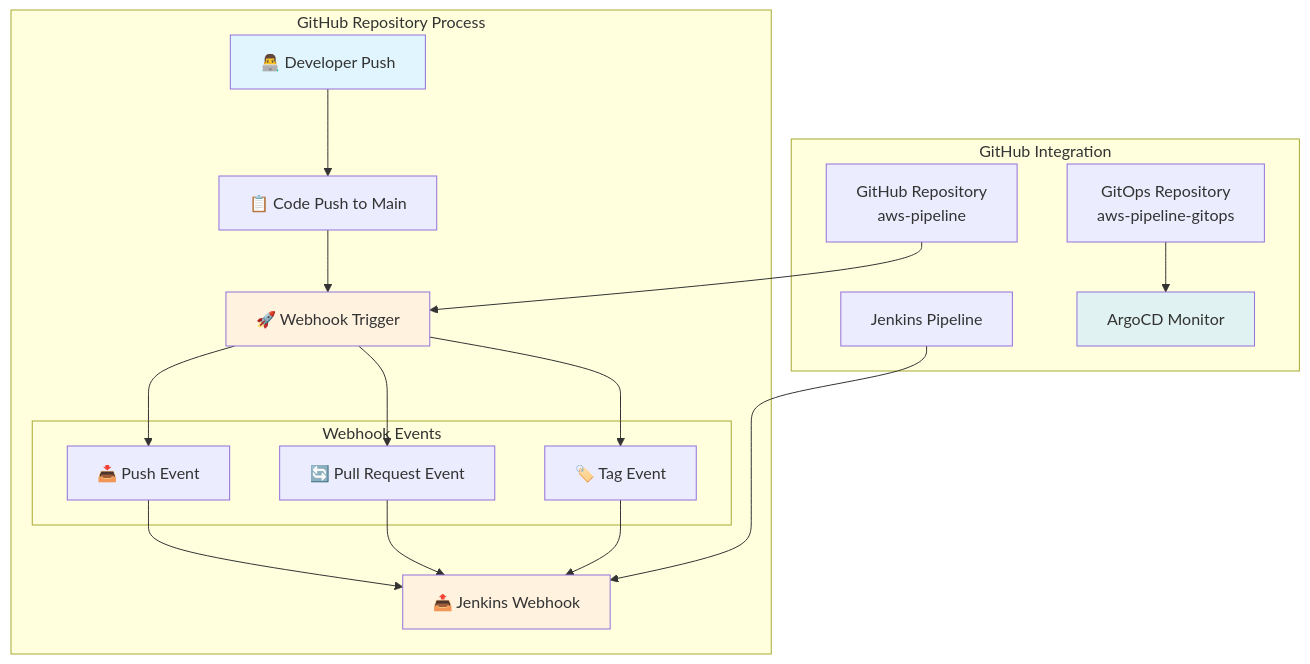
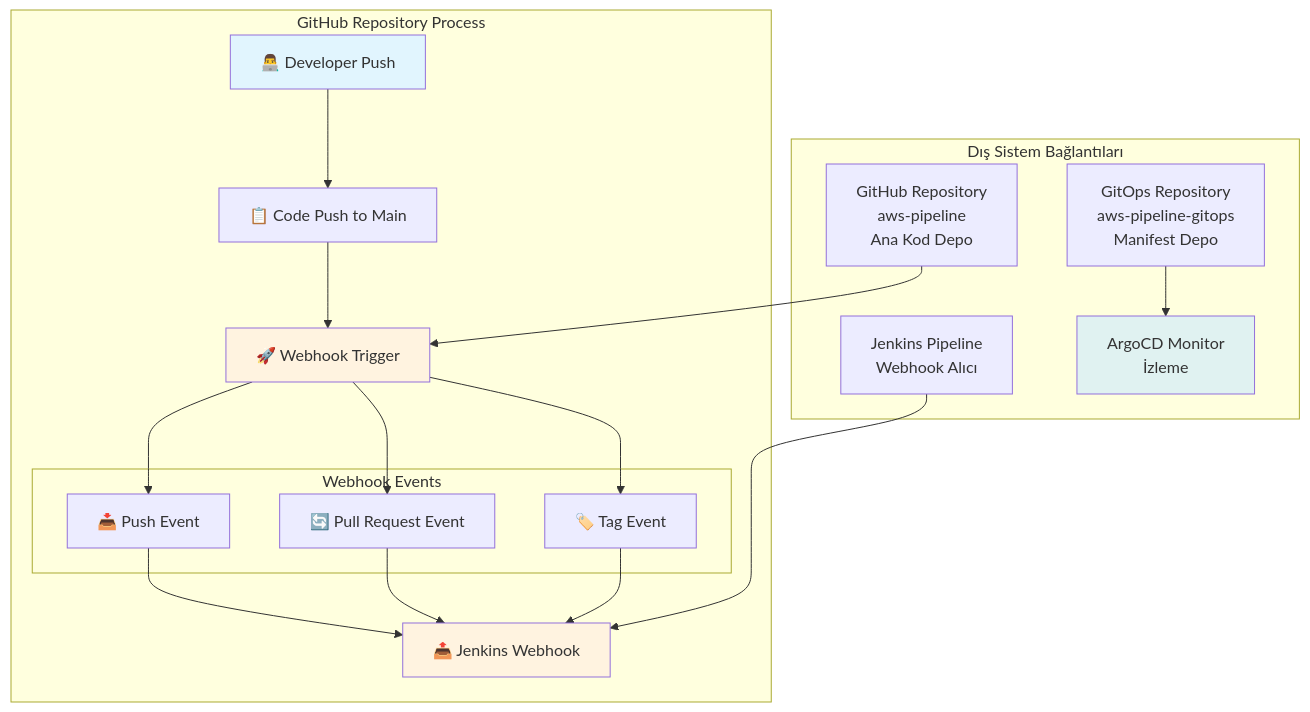
Before and after one commit to onurglr/aws-pipeline: the seventh of 9 diagrams in detailed-devops-diagrams.md, drawn with Mermaid. The commit also changed other lines of this file, not shown here.

````diff
--- a/detailed-devops-diagrams.md
+++ b/detailed-devops-diagrams.md
@@ -270,32 +270,32 @@
 ```mermaid
 graph TB
     subgraph "GitHub Repository Process"
         A[👨‍💻 Developer Push] --> B[📋 Code Push to Main]
         B --> C[🚀 Webhook Trigger]
         
         subgraph "Webhook Events"
             C1[📥 Push Event]
             C2[🔄 Pull Request Event]
             C3[🏷️ Tag Event]
         end
         
         C --> C1
         C --> C2
         C --> C3
         
         C1 --> D[📤 Jenkins Webhook]
         C2 --> D
         C3 --> D
     end
     
-    subgraph "GitHub Integration"
-        E[Jenkins Pipeline] --> D
-        F[GitHub Repository<br/>aws-pipeline] --> C
-        G[GitOps Repository<br/>aws-pipeline-gitops] --> H[ArgoCD Monitor]
+    subgraph "Dış Sistem Bağlantıları"
+        E[Jenkins Pipeline<br/>Webhook Alıcı] --> D
+        F[GitHub Repository<br/>aws-pipeline<br/>Ana Kod Depo] --> C
+        G[GitOps Repository<br/>aws-pipeline-gitops<br/>Manifest Depo] --> H[ArgoCD Monitor<br/>İzleme]
     end
     
     style A fill:#e1f5fe
     style C fill:#fff3e0
     style D fill:#fff3e0
     style H fill:#e0f2f1
 ```
````
